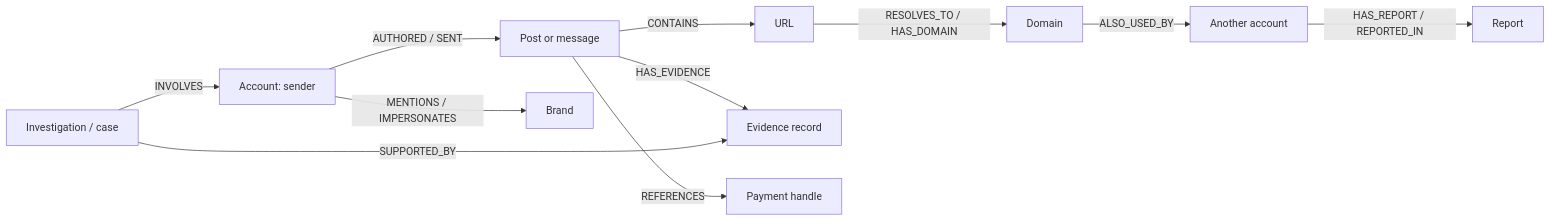
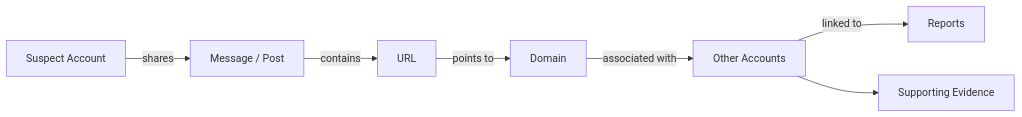
The second of 10 diagrams in README.md (BAVYASAKTHIVEL-21/Veyra), drawn with Mermaid before and after one commit. The commit also changed other lines of this file, not shown here.

````diff
--- a/README.md
+++ b/README.md
@@ -383,13 +71,9 @@
 ```mermaid
 flowchart LR
-    A[Account: sender] -->|AUTHORED / SENT| P[Post or message]
-    P -->|CONTAINS| U[URL]
-    U -->|RESOLVES_TO / HAS_DOMAIN| D[Domain]
-    D -->|ALSO_USED_BY| A2[Another account]
-    A2 -->|HAS_REPORT / REPORTED_IN| R[Report]
-    P -->|HAS_EVIDENCE| E[Evidence record]
-    A -->|MENTIONS / IMPERSONATES| B[Brand]
-    P -->|REFERENCES| H[Payment handle]
-    I[Investigation / case] -->|SUPPORTED_BY| E
-    I -->|INVOLVES| A
+    A[Suspect Account] -->|shares| P[Message / Post]
+    P -->|contains| U[URL]
+    U -->|points to| D[Domain]
+    D -->|associated with| B[Other Accounts]
+    B -->|linked to| R[Reports]
+    B --> E[Supporting Evidence]
 ```
````
